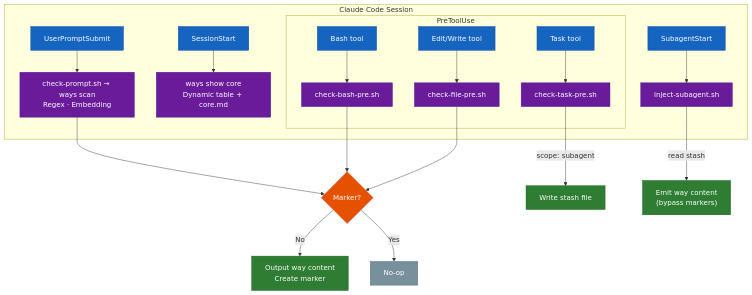
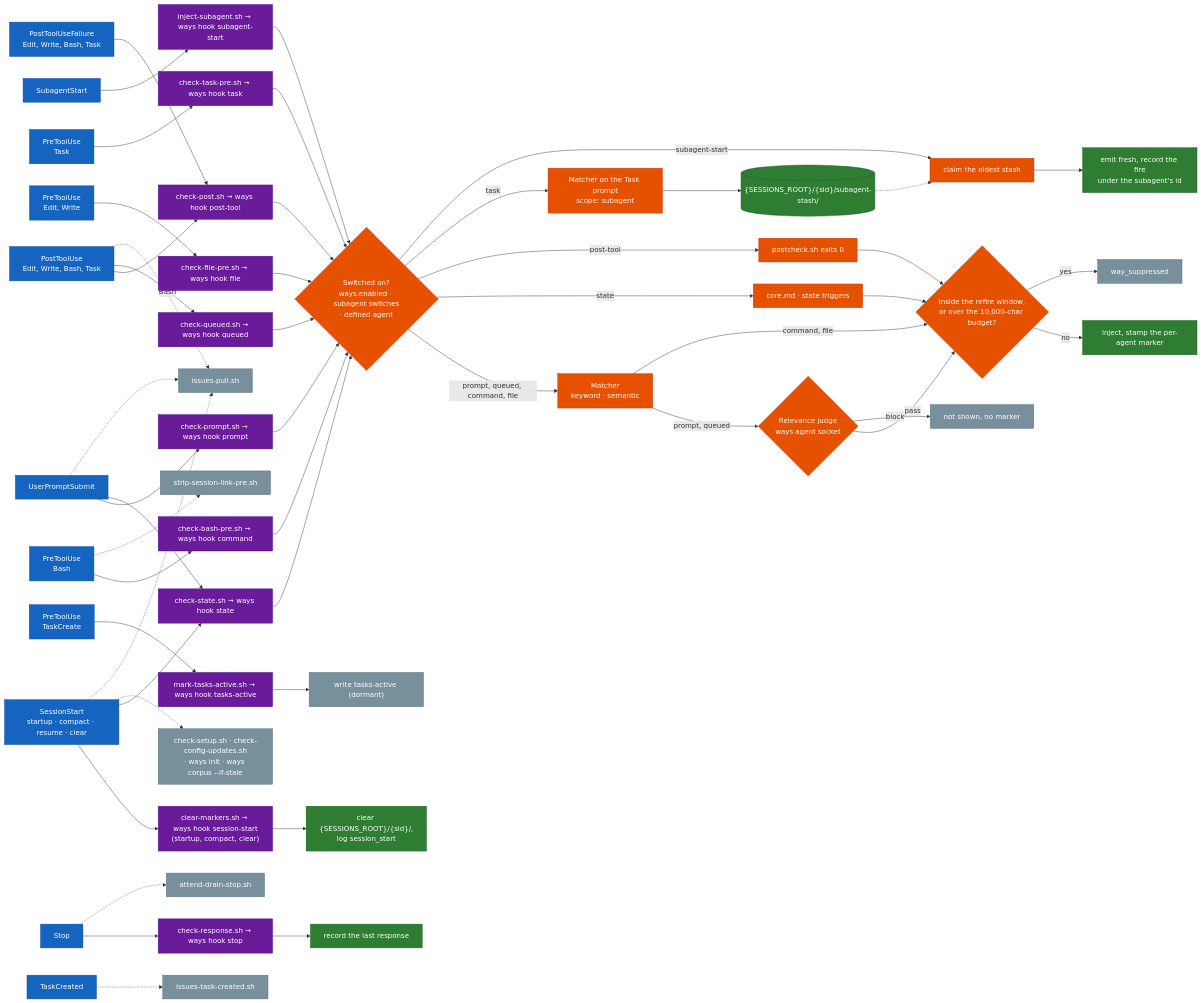
One commit to aaronsb/agent-ways changed the second of 13 diagrams in docs/architecture.md. Above: the diagram before and after it, drawn with Mermaid. The commit also changed other lines of this file and 7 other files, not shown here.

First line of the commit message:
docs(architecture): redraw the ways pipeline for the judge, late-interaction and per-agent state

````diff
--- a/docs/architecture.md
+++ b/docs/architecture.md
@@ -76,33 +91,88 @@
 ```mermaid
-flowchart TB
+flowchart LR
     classDef event fill:#1565C0,stroke:#0D47A1,color:#fff
     classDef script fill:#6A1B9A,stroke:#4A148C,color:#fff
-    classDef match fill:#00695C,stroke:#004D40,color:#fff
     classDef gate fill:#E65100,stroke:#BF360C,color:#fff
     classDef output fill:#2E7D32,stroke:#1B5E20,color:#fff
-    classDef silent fill:#78909C,stroke:#546E7A,color:#fff
+    classDef other fill:#78909C,stroke:#546E7A,color:#fff
 
-    subgraph Session["Claude Code Session"]
-        SS[SessionStart]:::event --> Core["ways show core<br/>Dynamic table + core.md"]:::script
+    SS["SessionStart<br/>startup · compact · resume · clear"]:::event
+    UP[UserPromptSubmit]:::event
+    PB["PreToolUse<br/>Bash"]:::event
+    PF["PreToolUse<br/>Edit, Write"]:::event
+    PT["PreToolUse<br/>Task"]:::event
+    PC["PreToolUse<br/>TaskCreate"]:::event
+    SA[SubagentStart]:::event
+    PO["PostToolUse<br/>Edit, Write, Bash, Task"]:::event
+    PX["PostToolUseFailure<br/>Edit, Write, Bash, Task"]:::event
+    ST[Stop]:::event
+    TC[TaskCreated]:::event
 
-        UP[UserPromptSubmit]:::event --> CP["check-prompt.sh → ways scan<br/>Regex · Embedding"]:::script
+    CM["clear-markers.sh → ways hook session-start<br/>(startup, compact, clear)"]:::script
+    CS["check-state.sh → ways hook state"]:::script
+    CP["check-prompt.sh → ways hook prompt"]:::script
+    CB["check-bash-pre.sh → ways hook command"]:::script
+    CF["check-file-pre.sh → ways hook file"]:::script
+    CT["check-task-pre.sh → ways hook task"]:::script
+    MT["mark-tasks-active.sh → ways hook tasks-active"]:::script
+    IS["inject-subagent.sh → ways hook subagent-start"]:::script
+    PP["check-post.sh → ways hook post-tool"]:::script
+    QQ["check-queued.sh → ways hook queued"]:::script
+    CR["check-response.sh → ways hook stop"]:::script
 
-        subgraph PreTool["PreToolUse"]
-            Bash[Bash tool]:::event --> CB["check-bash-pre.sh"]:::script
-            EditW[Edit/Write tool]:::event --> CF["check-file-pre.sh"]:::script
-            Task[Task tool]:::event --> CT["check-task-pre.sh"]:::script
-        end
+    SS --> CM
+    SS --> CS
+    UP --> CP
+    UP --> CS
+    PB --> CB
+    PF --> CF
+    PT --> CT
+    PC --> MT
+    SA --> IS
+    PO --> PP
+    PX --> PP
+    PO --> QQ
+    ST --> CR
 
-        SA[SubagentStart]:::event --> IS["inject-subagent.sh"]:::script
-    end
+    On{"Switched on?<br/>ways.enabled · subagent switches<br/>· defined agent"}:::gate
+    CS --> On
+    CP --> On
+    CB --> On
+    CF --> On
+    CT --> On
+    IS --> On
+    PP --> On
+    QQ --> On
 
-    CP --> Check{Marker?}:::gate
-    CB --> Check
-    CF --> Check
+    On -->|prompt, queued, command, file| Match["Matcher<br/>keyword · semantic"]:::gate
+    On -->|state| State["core.md · state triggers"]:::gate
+    On -->|post-tool| Post["postcheck.sh exits 0"]:::gate
+    On -->|task| TaskM["Matcher on the Task prompt<br/>scope: subagent"]:::gate
+    On -->|subagent-start| Claim["claim the oldest stash"]:::gate
 
-    Check -->|No| Output["Output way content<br/>Create marker"]:::output
-    Check -->|Yes| Silent["No-op"]:::silent
+    Match -->|prompt, queued| Judge{"Relevance judge<br/>ways agent socket"}:::gate
+    Match -->|command, file| Refire
+    Judge -->|pass| Refire
+    Judge -->|block| Blocked["not shown, no marker"]:::other
+    State --> Refire
+    Post --> Refire
+    Refire{"Inside the refire window,<br/>or over the 10,000-char budget?"}:::gate
+    Refire -->|no| Out["inject, stamp the per-agent marker"]:::output
+    Refire -->|yes| Supp["way_suppressed"]:::other
 
-    CT -->|"scope: subagent"| Stash["Write stash file"]:::output
-    IS -->|read stash| Emit["Emit way content<br/>(bypass markers)"]:::output
+    TaskM --> Stash[("{SESSIONS_ROOT}/{sid}/subagent-stash/")]:::output
+    Stash -.-> Claim
+    Claim --> Emit["emit fresh, record the fire<br/>under the subagent's id"]:::output
+
+    CM --> Clear["clear {SESSIONS_ROOT}/{sid}/,<br/>log session_start"]:::output
+    CR --> Rec["record the last response"]:::output
+    MT --> TA["write tasks-active (dormant)"]:::other
+
+    SS -.-> O1["check-setup.sh · check-config-updates.sh<br/>· ways init · ways corpus --if-stale"]:::other
+    SS -.-> O2["issues-pull.sh"]:::other
+    UP -.-> O2
+    PO -.->|Bash| O2
+    PB -.-> O3["strip-session-link-pre.sh"]:::other
+    ST -.-> O4["attend-drain-stop.sh"]:::other
+    TC -.-> O5["issues-task-created.sh"]:::other
 ```
````
